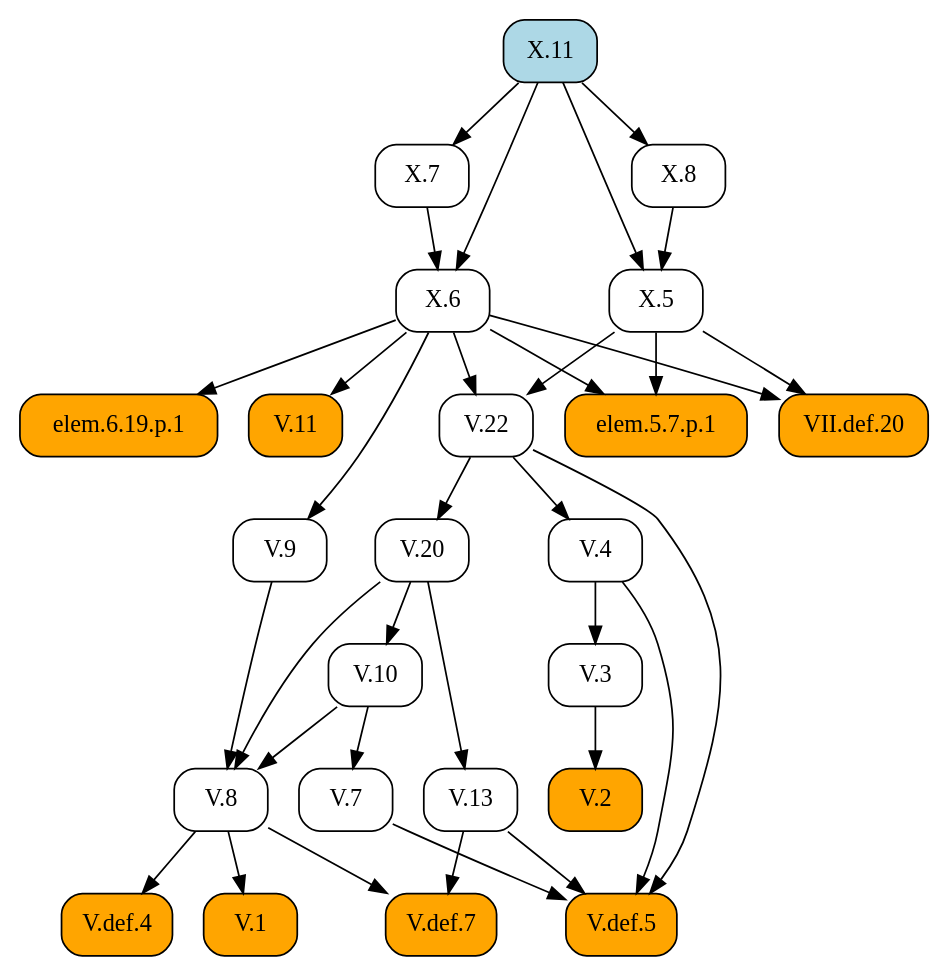
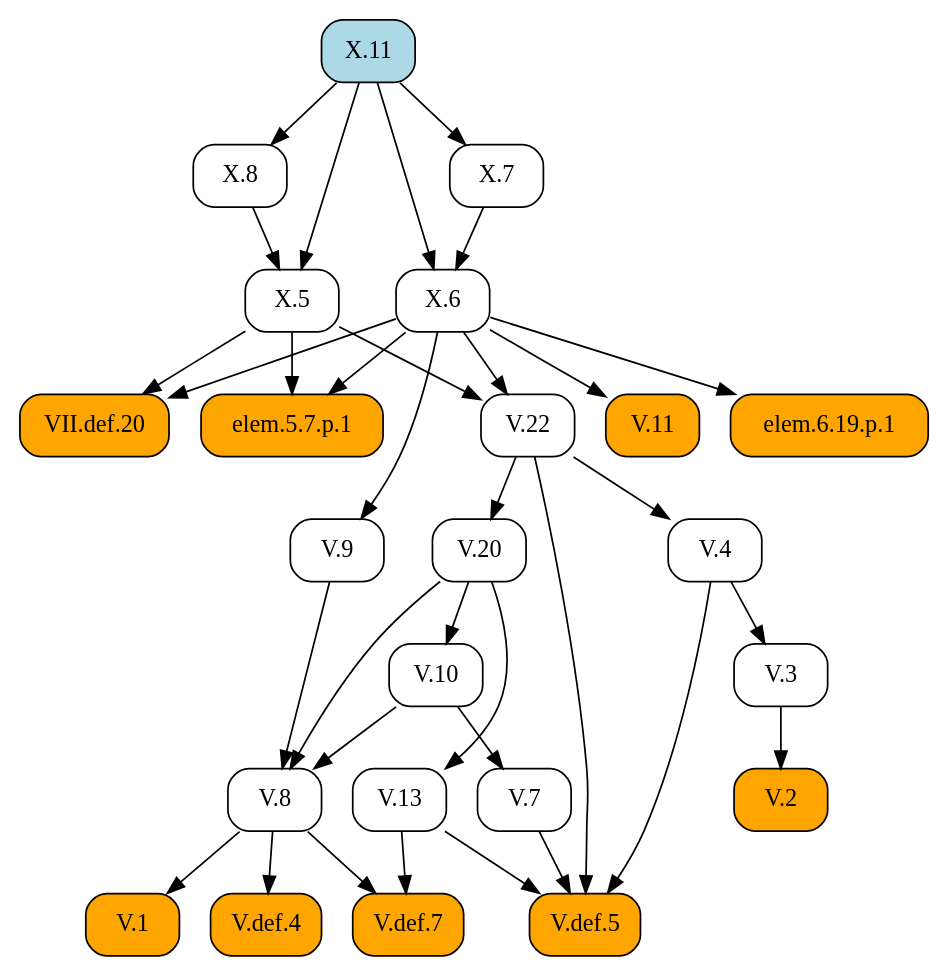
The diagram in docsrc/heath/X/11/index.rst (geometor/elements), drawn with Graphviz before and after one commit. The commit also changed other lines of this file and 1029 other files, not shown here.

```diff
--- a/docsrc/heath/X/11/index.rst
+++ b/docsrc/heath/X/11/index.rst
@@ -38,62 +38,62 @@
 .. graphviz::
 
    digraph {
      rankdir="TB";
      node [shape=box, style=rounded];
-     "V.1" [style="rounded,filled", fillcolor=orange, URL="/heath/V/1/", target="_top"];
-     "X.7" [URL="/heath/X/7/", target="_top"];
-     "V.10" [URL="/heath/V/10/", target="_top"];
+     "V.8" [URL="/heath/V/8/", target="_top"];
+     "V.def.5" [style="rounded,filled", fillcolor=orange, URL="/heath/V/def.5/", target="_top"];
+     "V.22" [URL="/heath/V/22/", target="_top"];
+     "V.4" [URL="/heath/V/4/", target="_top"];
+     "elem.5.7.p.1" [style="rounded,filled", fillcolor=orange];
      "X.6" [URL="/heath/X/6/", target="_top"];
      "V.20" [URL="/heath/V/20/", target="_top"];
+     "V.10" [URL="/heath/V/10/", target="_top"];
+     "V.13" [URL="/heath/V/13/", target="_top"];
+     "X.8" [URL="/heath/X/8/", target="_top"];
+     "V.11" [style="rounded,filled", fillcolor=orange, URL="/heath/V/11/", target="_top"];
+     "V.1" [style="rounded,filled", fillcolor=orange, URL="/heath/V/1/", target="_top"];
+     "X.5" [URL="/heath/X/5/", target="_top"];
+     "V.7" [URL="/heath/V/7/", target="_top"];
+     "X.11" [style="rounded,filled", fillcolor=lightblue, URL="/heath/X/11/", target="_top"];
+     "V.9" [URL="/heath/V/9/", target="_top"];
+     "V.def.4" [style="rounded,filled", fillcolor=orange, URL="/heath/V/def.4/", target="_top"];
      "V.2" [style="rounded,filled", fillcolor=orange, URL="/heath/V/2/", target="_top"];
-     "V.def.4" [style="rounded,filled", fillcolor=orange, URL="/heath/V/def.4/", target="_top"];
-     "V.11" [style="rounded,filled", fillcolor=orange, URL="/heath/V/11/", target="_top"];
-     "V.8" [URL="/heath/V/8/", target="_top"];
-     "V.22" [URL="/heath/V/22/", target="_top"];
-     "elem.5.7.p.1" [style="rounded,filled", fillcolor=orange];
-     "V.4" [URL="/heath/V/4/", target="_top"];
-     "V.7" [URL="/heath/V/7/", target="_top"];
-     "V.13" [URL="/heath/V/13/", target="_top"];
-     "V.9" [URL="/heath/V/9/", target="_top"];
-     "X.5" [URL="/heath/X/5/", target="_top"];
      "V.3" [URL="/heath/V/3/", target="_top"];
+     "V.def.7" [style="rounded,filled", fillcolor=orange, URL="/heath/V/def.7/", target="_top"];
+     "X.7" [URL="/heath/X/7/", target="_top"];
      "VII.def.20" [style="rounded,filled", fillcolor=orange, URL="/heath/VII/def.20/", target="_top"];
      "elem.6.19.p.1" [style="rounded,filled", fillcolor=orange];
-     "X.8" [URL="/heath/X/8/", target="_top"];
-     "X.11" [style="rounded,filled", fillcolor=lightblue, URL="/heath/X/11/", target="_top"];
-     "V.def.7" [style="rounded,filled", fillcolor=orange, URL="/heath/V/def.7/", target="_top"];
-     "V.def.5" [style="rounded,filled", fillcolor=orange, URL="/heath/V/def.5/", target="_top"];
-     "V.8" -> "V.1";
-     "X.11" -> "X.7";
-     "V.20" -> "V.10";
-     "X.7" -> "X.6";
-     "X.11" -> "X.6";
-     "V.22" -> "V.20";
-     "V.3" -> "V.2";
-     "V.8" -> "V.def.4";
-     "X.6" -> "V.11";
      "V.9" -> "V.8";
      "V.10" -> "V.8";
      "V.20" -> "V.8";
-     "X.5" -> "V.22";
-     "X.6" -> "V.22";
-     "X.5" -> "elem.5.7.p.1";
-     "X.6" -> "elem.5.7.p.1";
-     "V.22" -> "V.4";
-     "V.10" -> "V.7";
-     "V.20" -> "V.13";
-     "X.6" -> "V.9";
-     "X.8" -> "X.5";
-     "X.11" -> "X.5";
-     "V.4" -> "V.3";
-     "X.5" -> "VII.def.20";
-     "X.6" -> "VII.def.20";
-     "X.6" -> "elem.6.19.p.1";
-     "X.11" -> "X.8";
-     "V.8" -> "V.def.7";
-     "V.13" -> "V.def.7";
      "V.4" -> "V.def.5";
      "V.7" -> "V.def.5";
      "V.13" -> "V.def.5";
      "V.22" -> "V.def.5";
+     "X.5" -> "V.22";
+     "X.6" -> "V.22";
+     "V.22" -> "V.4";
+     "X.5" -> "elem.5.7.p.1";
+     "X.6" -> "elem.5.7.p.1";
+     "X.7" -> "X.6";
+     "X.11" -> "X.6";
+     "V.22" -> "V.20";
+     "V.20" -> "V.10";
+     "V.20" -> "V.13";
+     "X.11" -> "X.8";
+     "X.6" -> "V.11";
+     "V.8" -> "V.1";
+     "X.8" -> "X.5";
+     "X.11" -> "X.5";
+     "V.10" -> "V.7";
+     "X.6" -> "V.9";
+     "V.8" -> "V.def.4";
+     "V.3" -> "V.2";
+     "V.4" -> "V.3";
+     "V.8" -> "V.def.7";
+     "V.13" -> "V.def.7";
+     "X.11" -> "X.7";
+     "X.5" -> "VII.def.20";
+     "X.6" -> "VII.def.20";
+     "X.6" -> "elem.6.19.p.1";
    }
```
